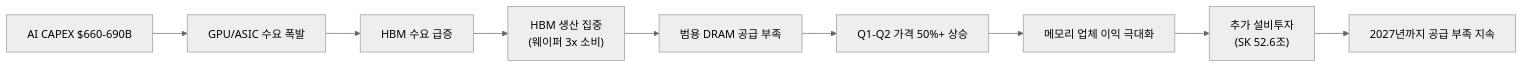
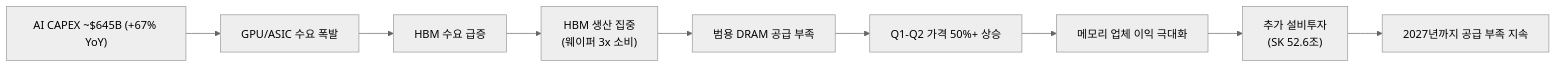
The fourth of 5 diagrams in _posts/knowledge/invest/2026-01-17-semiconductor-sector-outlook-2026.md (dss99911/dss99911.github.io), drawn with Mermaid (neutral theme) before and after one commit. The commit also changed other lines of this file, not shown here.

````diff
--- a/_posts/knowledge/invest/2026-01-17-semiconductor-sector-outlook-2026.md
+++ b/_posts/knowledge/invest/2026-01-17-semiconductor-sector-outlook-2026.md
@@ -756,11 +905,11 @@
 ```mermaid
 graph LR
-    A["AI CAPEX $660-690B"] --> B["GPU/ASIC 수요 폭발"]
+    A["AI CAPEX ~$645B #40;+67% YoY#41;"] --> B["GPU/ASIC 수요 폭발"]
     B --> C["HBM 수요 급증"]
     C --> D["HBM 생산 집중<br/>(웨이퍼 3x 소비)"]
     D --> E["범용 DRAM 공급 부족"]
     E --> F["Q1-Q2 가격 50%+ 상승"]
     F --> G["메모리 업체 이익 극대화"]
     G --> H["추가 설비투자<br/>(SK 52.6조)"]
     H --> I["2027년까지 공급 부족 지속"]
 ```
````
